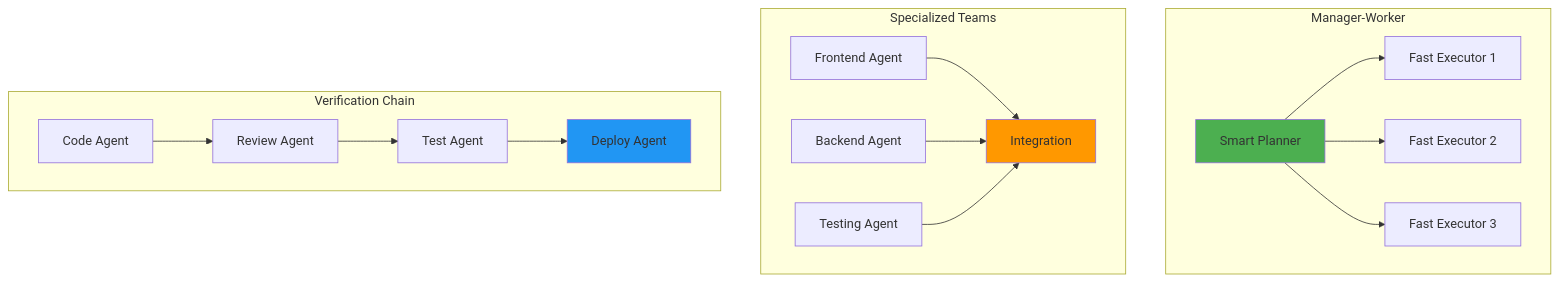
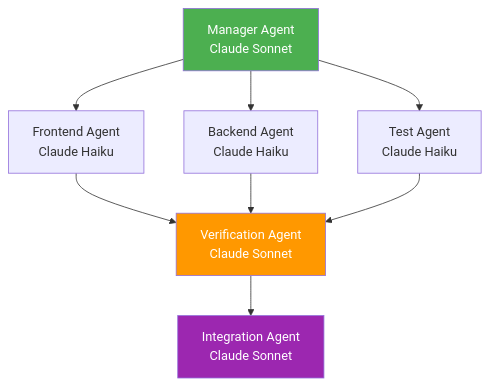
The fourth of 4 diagrams in talk.md (mldangelo/eairg-coding-agent-talk), drawn with Mermaid before and after one commit. The commit also changed other lines of this file, not shown here.

````diff
--- a/talk.md
+++ b/talk.md
@@ -670,24 +827,16 @@
 ```mermaid
-graph TD
-    subgraph "Manager-Worker"
-        A[Smart Planner] --> B[Fast Executor 1]
-        A --> C[Fast Executor 2]
-        A --> D[Fast Executor 3]
-    end
+graph TB
+    M[Manager Agent<br/>Claude Sonnet] --> W1[Frontend Agent<br/>Claude Haiku]
+    M --> W2[Backend Agent<br/>Claude Haiku]
+    M --> W3[Test Agent<br/>Claude Haiku]
 
-    subgraph "Specialized Teams"
-        E[Frontend Agent] --> H[Integration]
-        F[Backend Agent] --> H
-        G[Testing Agent] --> H
-    end
+    W1 --> V[Verification Agent<br/>Claude Sonnet]
+    W2 --> V
+    W3 --> V
 
-    subgraph "Verification Chain"
-        I[Code Agent] --> J[Review Agent]
-        J --> K[Test Agent]
-        K --> L[Deploy Agent]
-    end
+    V --> I[Integration Agent<br/>Claude Sonnet]
 
-    style A fill:#4caf50
-    style H fill:#ff9800
-    style L fill:#2196f3
+    style M fill:#4caf50,color:#fff
+    style V fill:#ff9800,color:#fff
+    style I fill:#9c27b0,color:#fff
 ```
````
